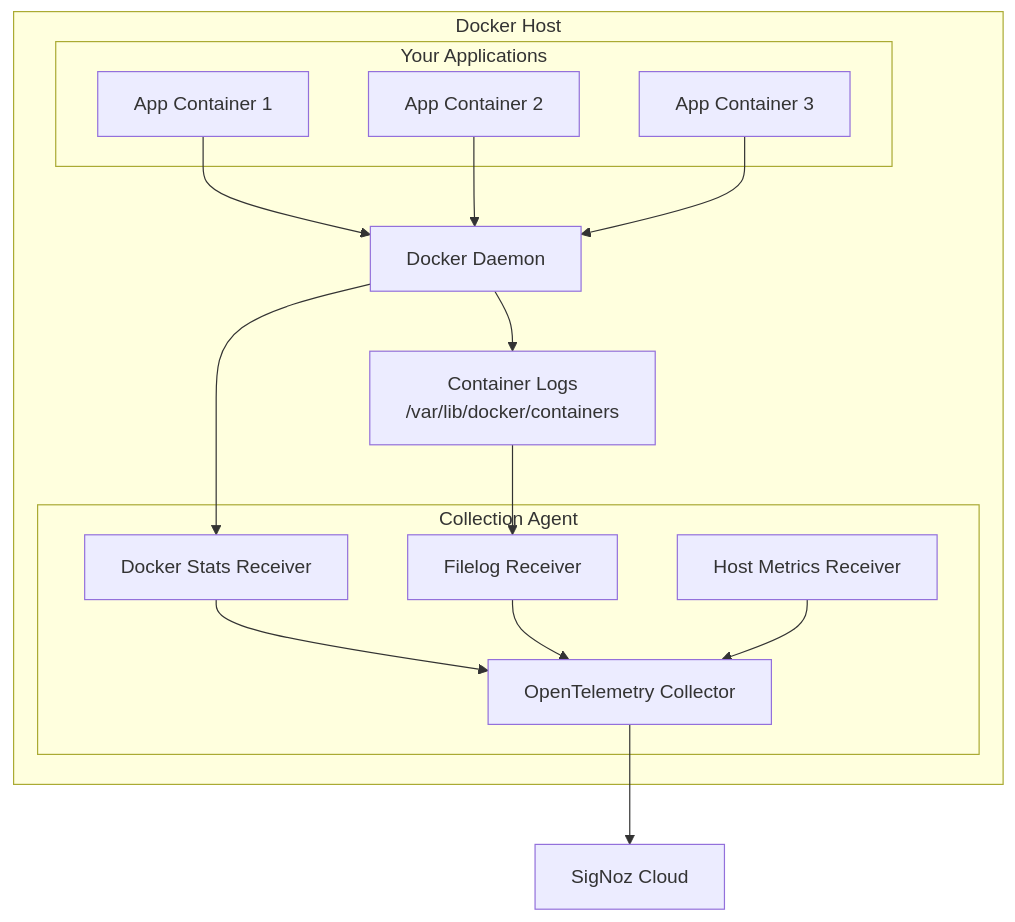
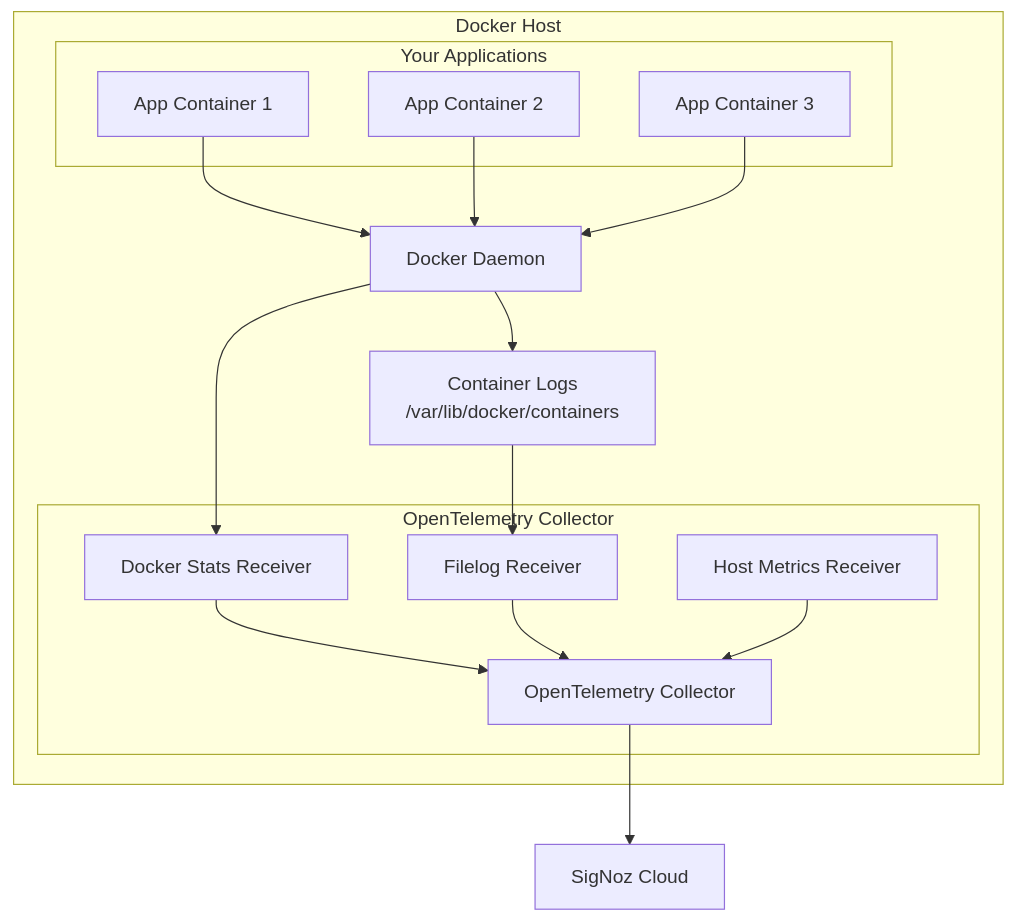
Before and after one commit to SigNoz/signoz.io: the diagram in data/docs/collection-agents/docker/overview.mdx, drawn with Mermaid. The commit also changed other lines of this file, not shown here.

Commit message:
Update Docker collection agent overview - fix terminology and remove unnecessary sections

````diff
--- a/data/docs/collection-agents/docker/overview.mdx
+++ b/data/docs/collection-agents/docker/overview.mdx
@@ -24,35 +24,35 @@
 ```mermaid
 graph TB
     subgraph "Docker Host"
         subgraph "Your Applications"
             App1[App Container 1]
             App2[App Container 2] 
             App3[App Container 3]
         end
         
-        subgraph "Collection Agent"
+        subgraph "OpenTelemetry Collector"
             OTel[OpenTelemetry Collector]
             FileLog[Filelog Receiver]
             HostMetrics[Host Metrics Receiver]
             DockerStats[Docker Stats Receiver]
         end
         
         DockerDaemon[Docker Daemon]
         LogFiles[Container Logs<br/>/var/lib/docker/containers]
     end
     
     SigNoz[SigNoz Cloud]
     
     App1 --> DockerDaemon
     App2 --> DockerDaemon  
     App3 --> DockerDaemon
     DockerDaemon --> LogFiles
     
     LogFiles --> FileLog
     DockerDaemon --> DockerStats
     DockerStats --> OTel
     FileLog --> OTel
     HostMetrics --> OTel
     
     OTel --> SigNoz
 ```
````
